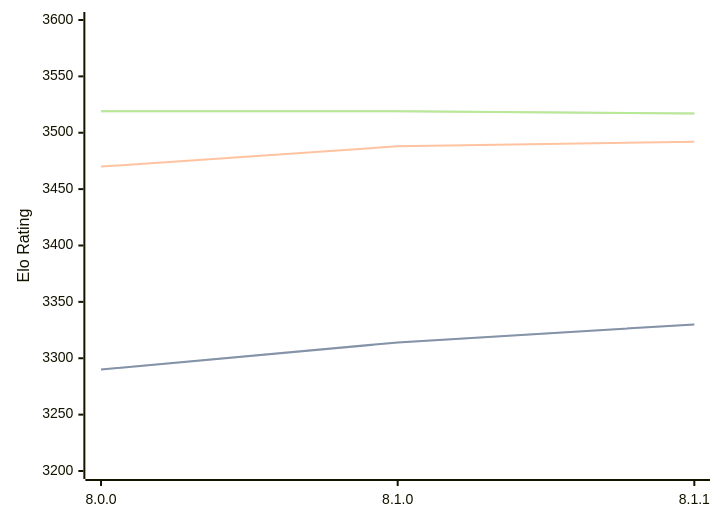
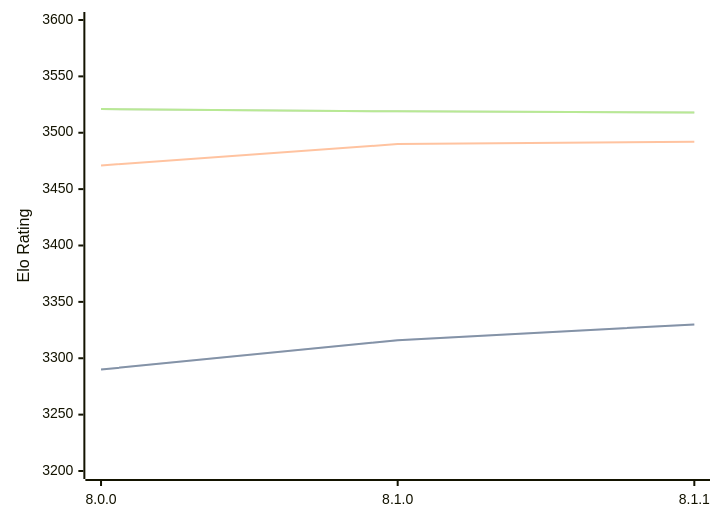
The diagram in engines/Velvet.md (computer-chess-index/cci), drawn with Mermaid before and after one commit. The commit also changed other lines of this file, not shown here.

Commit message:
Update CCI Ratings (ELO VLTC) - 2026-05-14

````diff
--- a/engines/Velvet.md
+++ b/engines/Velvet.md
@@ -57,11 +57,11 @@
 ```mermaid
 %%{init: {"theme":"base","themeVariables":{"seriesColors:['#a3a3a3','#222221','#faa371']}}}%%
 xychart-beta
   x-axis ["8.0.0", "8.1.0", "8.1.1"]
   y-axis "Elo Rating" 3200 --> 3600
-  line "STC (8.0+0.08s)" [3290, 3314, 3330]
-  line "STC (8.0+0.08s)" [3290, 3314, 3330]
-  line "LTC (60.0+0.60s)" [3470, 3488, 3492]
-  line "VLTC (2m24s+1.12s)" [3519, 3519, 3517]
-  line "VLTC (2m24s+1.12s)" [3519, 3519, 3517]
+  line "STC (8.0+0.08s)" [3290, 3316, 3330]
+  line "STC (8.0+0.08s)" [3290, 3316, 3330]
+  line "LTC (60.0+0.60s)" [3471, 3490, 3492]
+  line "VLTC (2m24s+1.12s)" [3521, 3519, 3518]
+  line "VLTC (2m24s+1.12s)" [3521, 3519, 3518]
 ```
````
